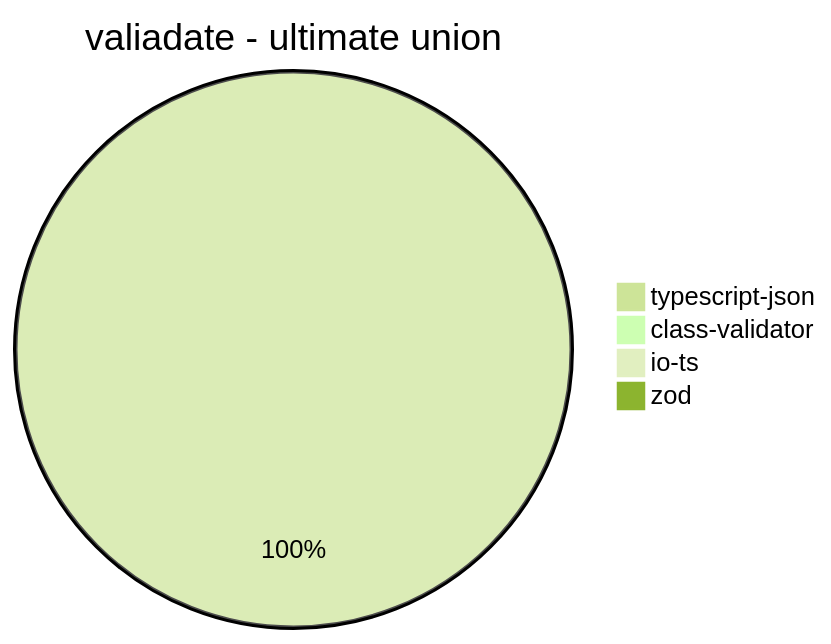
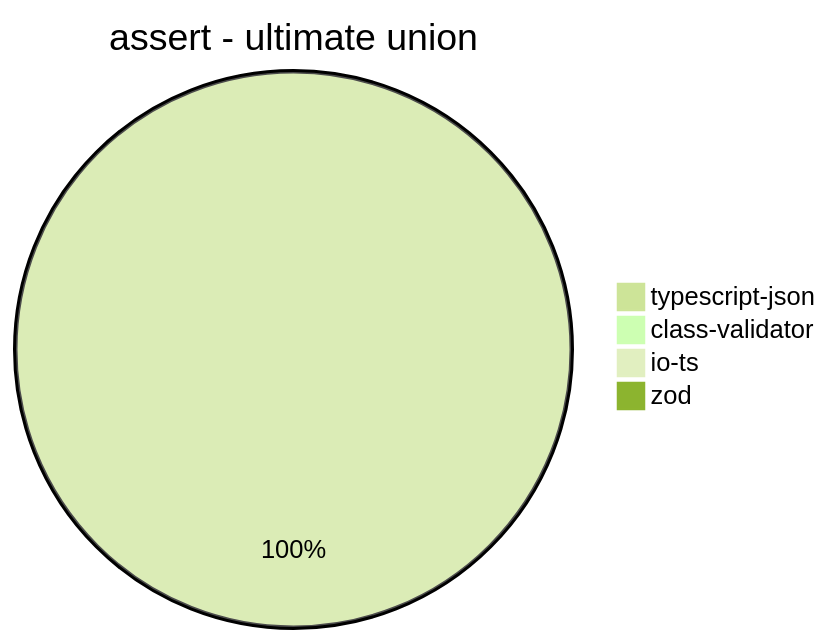
Before and after one commit to samchon/typia: diagram 16 of 40 in benchmark/results/AMD Ryzen 7 5800H with Radeon Graphics.md, drawn with Mermaid (forest theme). The commit also changed other lines of this file and 4 other files, not shown here.

````diff
--- a/benchmark/results/AMD Ryzen 7 5800H with Radeon Graphics.md
+++ b/benchmark/results/AMD Ryzen 7 5800H with Radeon Graphics.md
@@ -181,7 +181,7 @@
 ```mermaid
-pie title valiadate - ultimate union
-  "typescript-json": 162.0826846566338
+pie title assert - ultimate union
+  "typescript-json": 276.2520193861066
   "class-validator": 0
   "io-ts": 0
   "zod": 0
 ```
````
